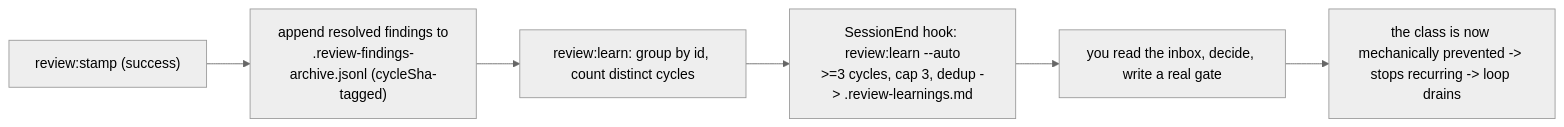
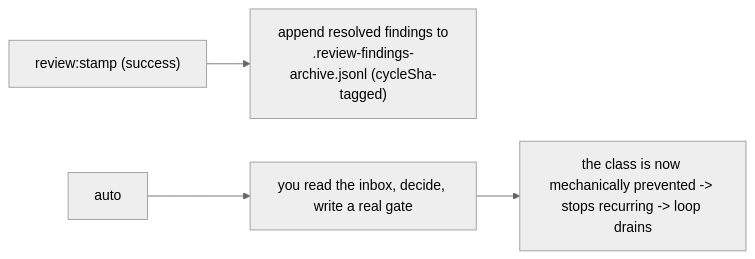
The third of 3 diagrams in docs/06-ai-development.md (erikunha/portfolio), drawn with Mermaid (neutral theme) before and after one commit. The commit also changed other lines of this file and 39 other files, not shown here.

````diff
--- a/docs/06-ai-development.md
+++ b/docs/06-ai-development.md
@@ -82,8 +78,6 @@
 ```mermaid
 flowchart LR
     stamp["review:stamp (success)"] --> arch["append resolved findings to<br/>.review-findings-archive.jsonl (cycleSha-tagged)"]
-    arch --> learn["review:learn: group by id, count distinct cycles"]
-    learn --> auto["SessionEnd hook: review:learn --auto<br/>>=3 cycles, cap 3, dedup -> .review-learnings.md"]
     auto --> human["you read the inbox, decide, write a real gate"]
     human --> prevent["the class is now mechanically prevented -> stops recurring -> loop drains"]
 ```
````
